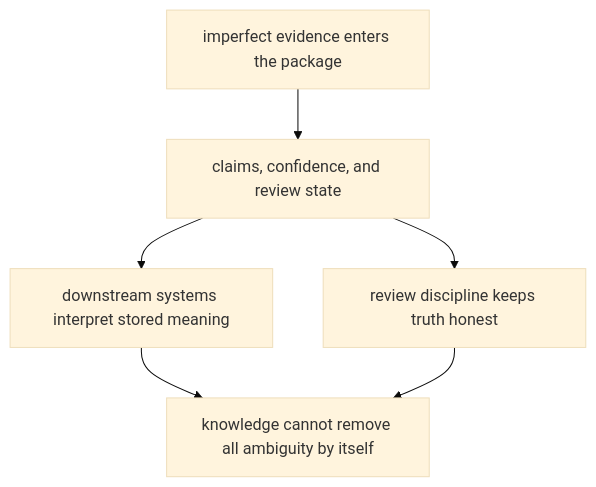
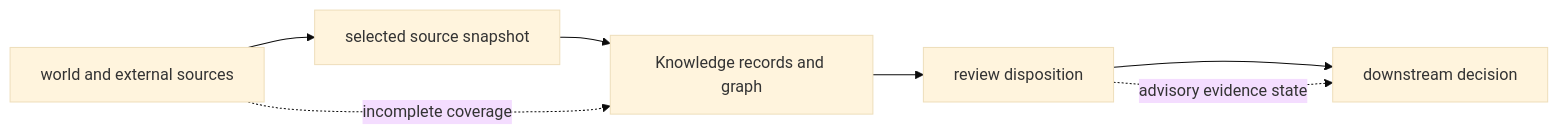
One commit to bijux/bijux-proteomics changed the diagram in docs/06-bijux-proteomics-knowledge/quality/known-limitations.md. Above: the diagram before and after it, drawn with Mermaid (base theme). The commit also changed other lines of this file and 2 other files, not shown here.

Commit message:
docs(knowledge): preserve evidence custody boundaries

````diff
--- a/docs/06-bijux-proteomics-knowledge/quality/known-limitations.md
+++ b/docs/06-bijux-proteomics-knowledge/quality/known-limitations.md
@@ -18,14 +32,9 @@
 ```mermaid
-flowchart TB
-    evidence["imperfect evidence enters the package"]
-    knowledge["claims, confidence, and review state"]
-    consumers["downstream systems interpret stored meaning"]
-    discipline["review discipline keeps truth honest"]
-    limit["knowledge cannot remove all ambiguity by itself"]
-
-    evidence --> knowledge
-    knowledge --> consumers
-    knowledge --> discipline
-    consumers --> limit
-    discipline --> limit
+flowchart LR
+    W["world and external sources"] --> S["selected source snapshot"]
+    S --> K["Knowledge records and graph"]
+    K --> R["review disposition"]
+    R --> D["downstream decision"]
+    W -. incomplete coverage .-> K
+    R -. advisory evidence state .-> D
 ```
````
